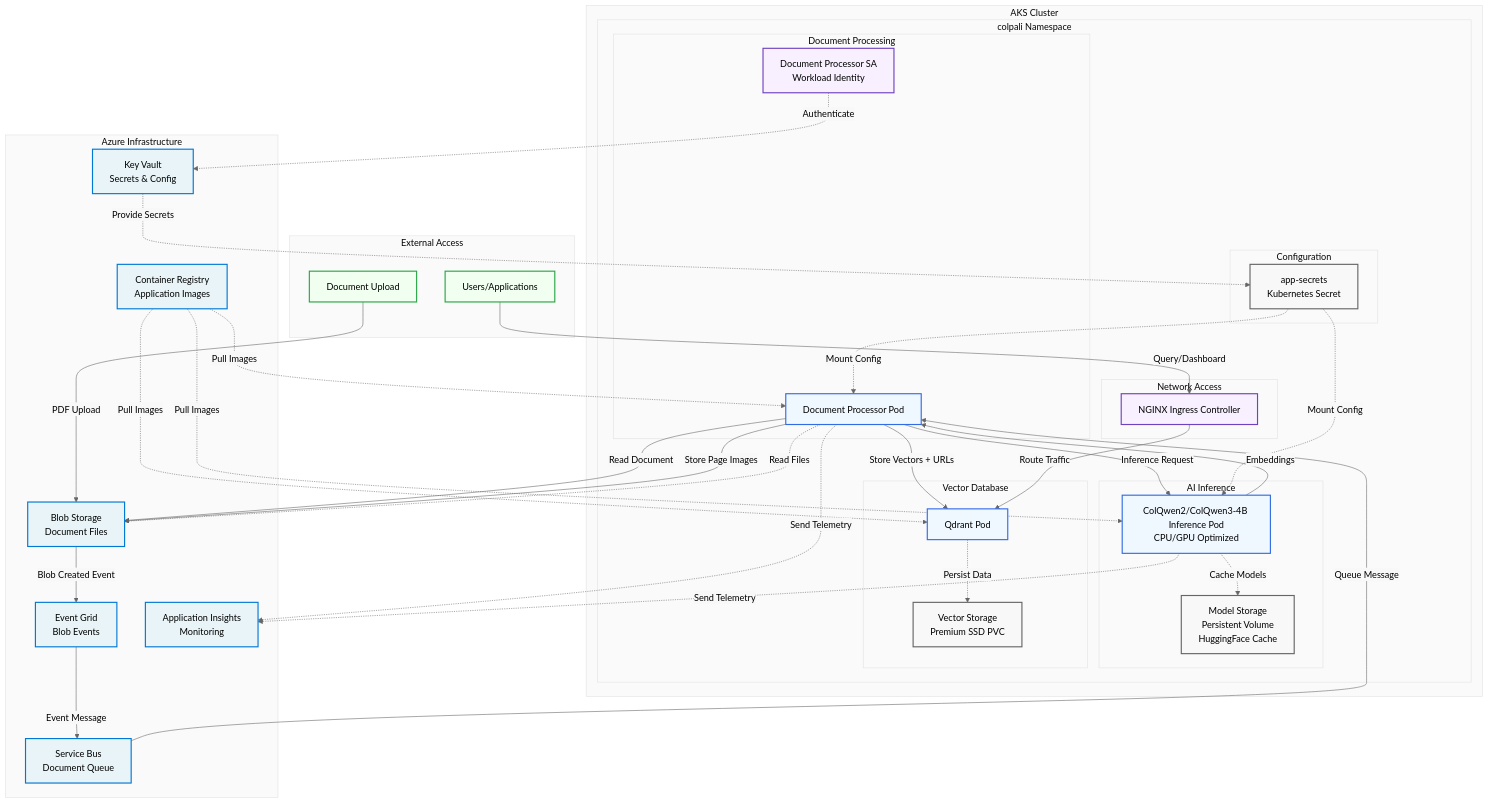
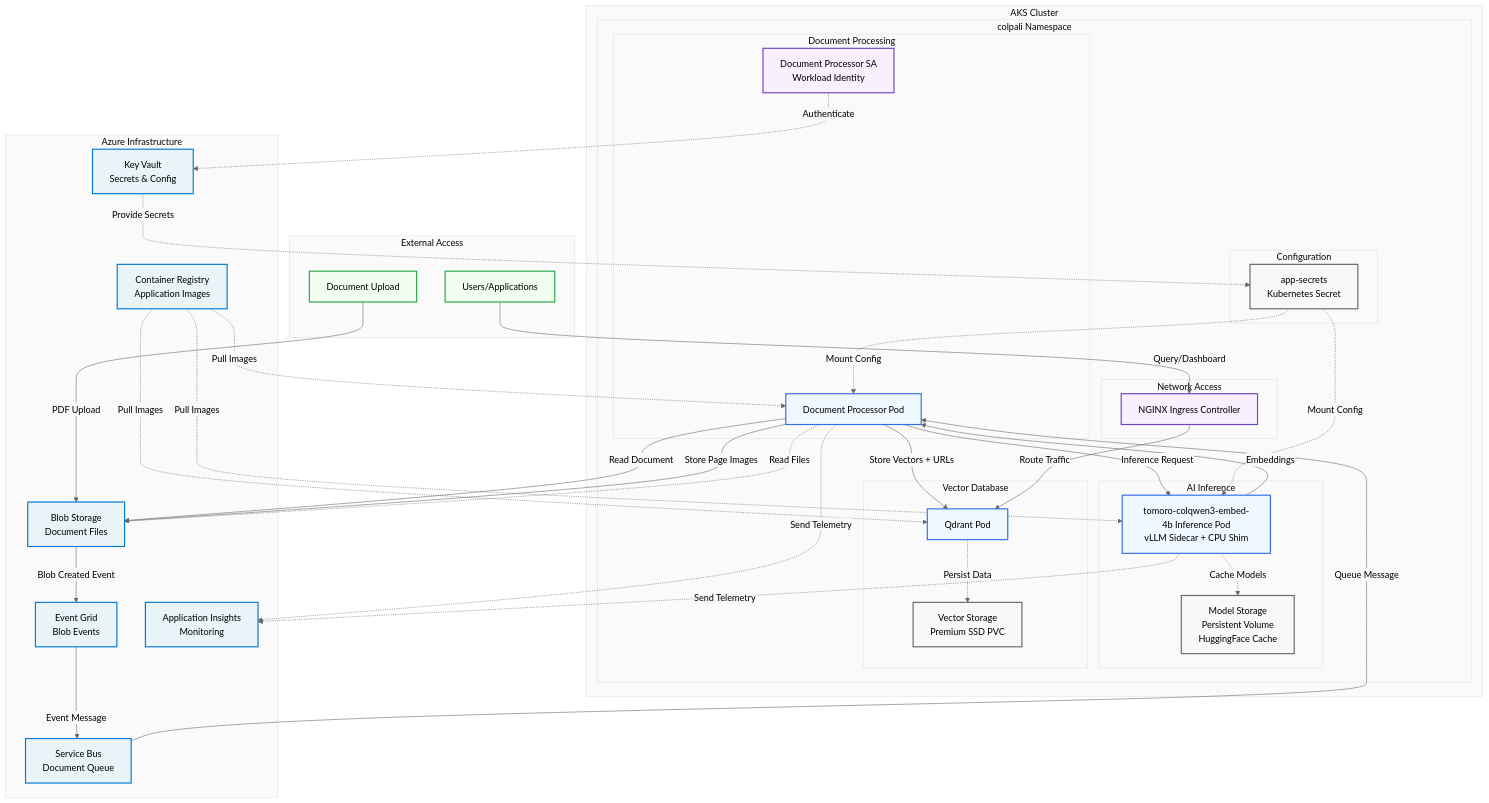
Before and after one commit to microsoft/multi-modal-rag-with-colpali: the diagram in modules/helm/colpali-stack/README.md, drawn with Mermaid. The commit also changed other lines of this file and 17 other files, not shown here.

First line of the commit message:
vLLM inference (#35)

```diff
--- a/modules/helm/colpali-stack/README.md
+++ b/modules/helm/colpali-stack/README.md
@@ -100,7 +100,7 @@
             end
 
             subgraph "AI Inference"
-                CI[ColQwen2/ColQwen3-4B Inference Pod<br/>CPU/GPU Optimized]
+                CI[tomoro-colqwen3-embed-4b Inference Pod<br/>vLLM Sidecar + CPU Shim]
                 HFPV[Model Storage<br/>Persistent Volume<br/>HuggingFace Cache]
             end
 
```
